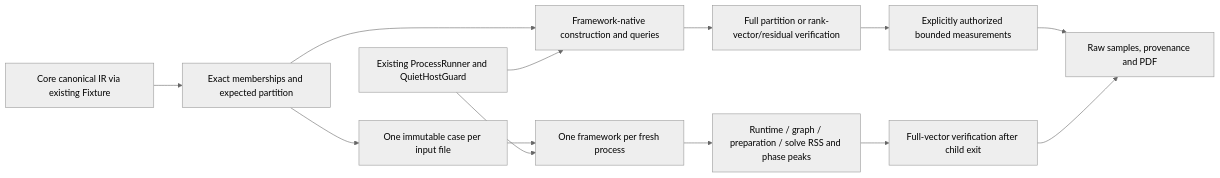
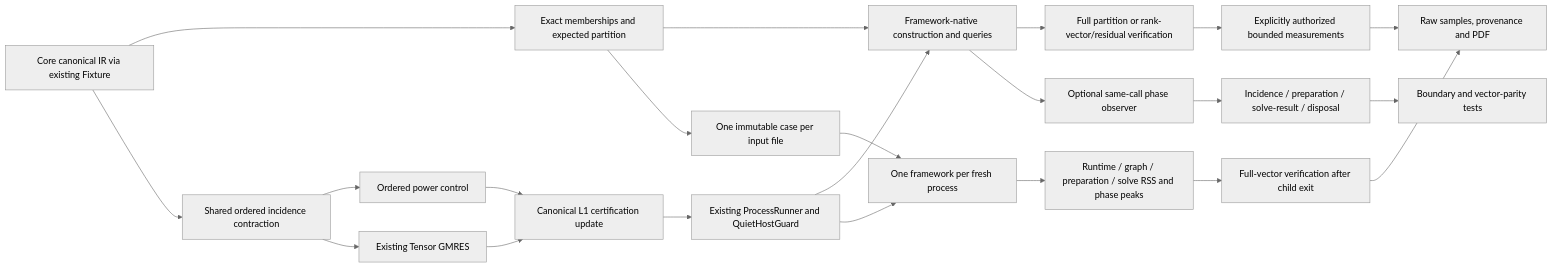
Before and after one commit to hymeko-framework/graph: the diagram in docs/plans/2026-10-21-external-frameworks/plan.mmd, drawn with Mermaid (neutral theme). The commit also changed 24 other files, not shown here.

Commit message:
feat(graph): integrate reusable structural GMRES for PageRank

```diff
--- a/docs/plans/2026-10-21-external-frameworks/plan.mmd
+++ b/docs/plans/2026-10-21-external-frameworks/plan.mmd
@@ -1,13 +1,22 @@
 flowchart LR
     Core[Core canonical IR via existing Fixture] --> Export[Exact memberships and expected partition]
     Export --> Adapters[Framework-native construction and queries]
     Guard[Existing ProcessRunner and QuietHostGuard] --> Adapters
     Adapters --> Validate[Full partition or rank-vector/residual verification]
     Validate --> Timings[Explicitly authorized bounded measurements]
     Timings --> Report[Raw samples, provenance and PDF]
     Export --> Single[One immutable case per input file]
     Single --> Isolated[One framework per fresh process]
     Guard --> Isolated
     Isolated --> Memory[Runtime / graph / preparation / solve RSS and phase peaks]
     Memory --> Oracle[Full-vector verification after child exit]
     Oracle --> Report
+    Adapters --> Observer[Optional same-call phase observer]
+    Observer --> Partition[Incidence / preparation / solve-result / disposal]
+    Partition --> Contract[Boundary and vector-parity tests]
+    Core --> Operator[Shared ordered incidence contraction]
+    Operator --> Power[Ordered power control]
+    Operator --> Krylov[Existing Tensor GMRES]
+    Power --> Certificate[Canonical L1 certification update]
+    Krylov --> Certificate
+    Certificate --> Guard
```
